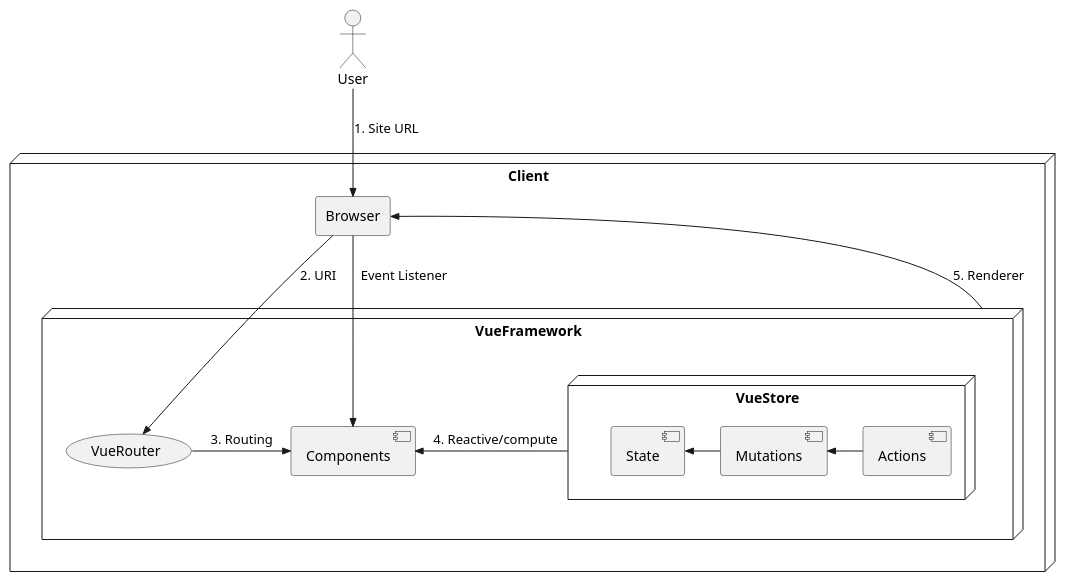
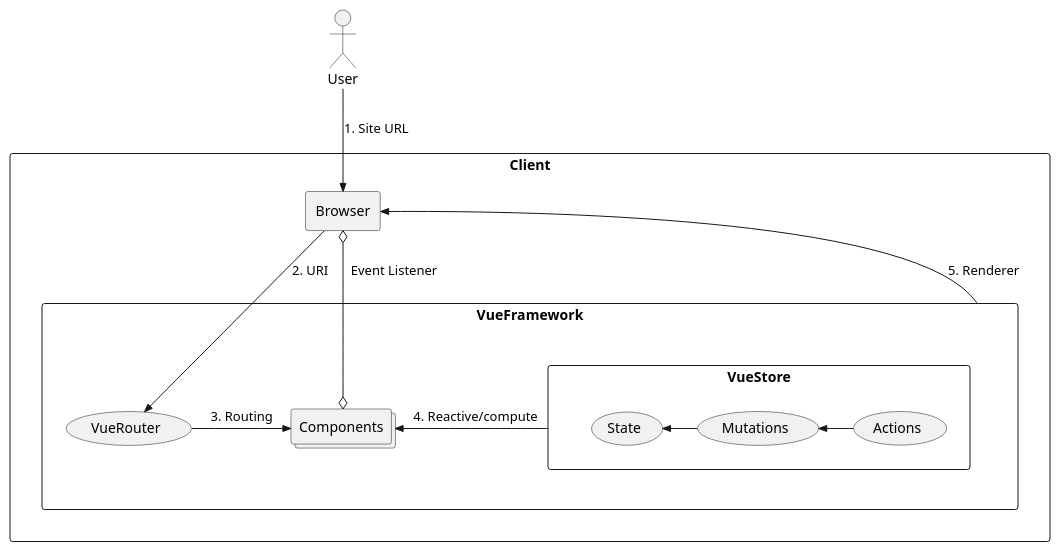
One commit to JunilHwang/zum_pilot changed the first of 3 diagrams in docs/Architecture.md. Above: the diagram before and after it, drawn with PlantUML. The commit also changed other lines of this file, not shown here.

Commit message:
Architecture 중간 저장

```diff
--- a/docs/Architecture.md
+++ b/docs/Architecture.md
@@ -9,24 +9,24 @@
 @startuml
 :User:
-node "Client" {
+rectangle "Client" {
   agent Browser
-  node "VueFramework" {
+  rectangle "VueFramework" {
     (VueRouter)
-    [Components]
-    node "VueStore" {
-      [State]
-      [Mutations]
-      [Actions]
+    collections Components
+    rectangle "VueStore" {
+      (State)
+      (Mutations)
+      (Actions)
     }
   }
 }
 
 :User: -->> Browser : 1. Site URL
 Browser -->> VueRouter : "2. URI"
 VueRouter ->> Components : 3. Routing
 Components <<- VueStore : 4. Reactive/compute
 VueFramework -->> Browser : 5. Renderer
-Browser -->> Components : "  Event Listener"
+Browser o--o Components : "  Event Listener"
 State <<- Mutations
 Mutations <<- Actions
 @enduml
```
